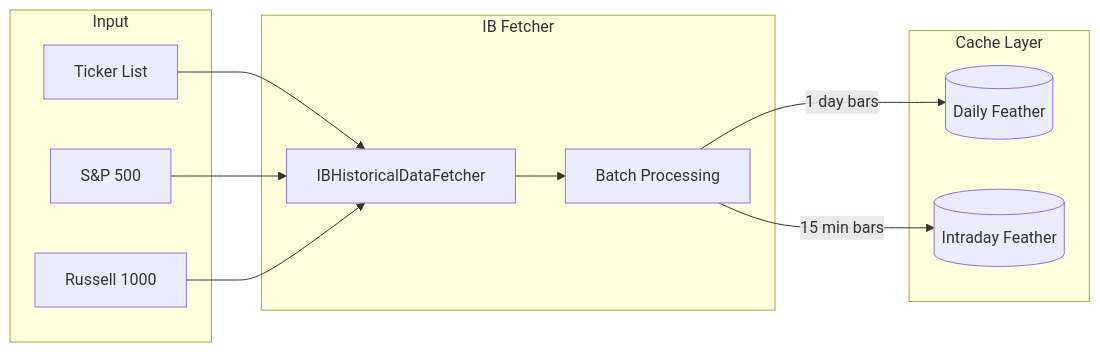
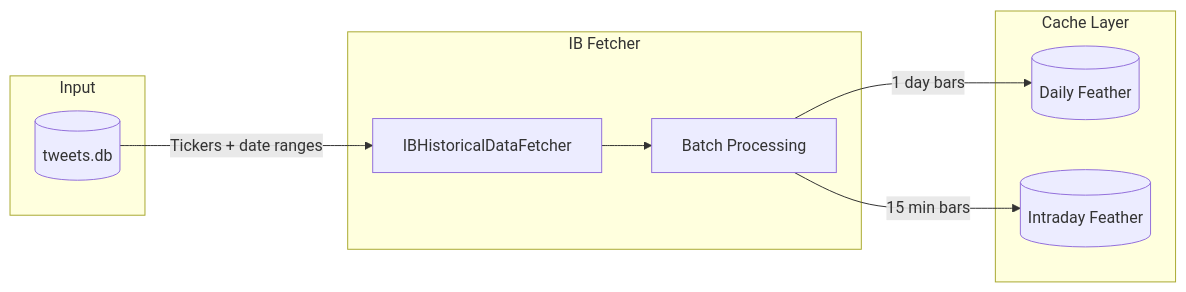
One commit to michaelzus/FinTweet-ML changed the third of 9 diagrams in docs/ARCHITECTURE.md. Above: the diagram before and after it, drawn with Mermaid.

Commit message:
docs: Update architecture diagram to reflect changes in data flow
- Revised the architecture documentation to replace the Ticker List, S&P 500, and Russell 1000 with TweetDB as the primary input source for the IB Client.
- Clarified the data flow between TweetDB and the IB Client, enhancing the overall understanding of the system architecture.

````diff
--- a/docs/ARCHITECTURE.md
+++ b/docs/ARCHITECTURE.md
@@ -195,25 +195,21 @@
 ```mermaid
 flowchart LR
     subgraph Input[Input]
-        Tickers[Ticker List]
-        SP500[S&P 500]
-        Russell[Russell 1000]
+        TweetDB[(tweets.db)]
     end
     
     subgraph Fetcher[IB Fetcher]
         IBClient[IBHistoricalDataFetcher]
         Batch[Batch Processing]
     end
     
     subgraph Cache[Cache Layer]
         Daily[(Daily Feather)]
         Intraday[(Intraday Feather)]
     end
     
-    Tickers --> IBClient
-    SP500 --> IBClient
-    Russell --> IBClient
+    TweetDB --> |Tickers + date ranges| IBClient
     IBClient --> Batch
     Batch --> |1 day bars| Daily
     Batch --> |15 min bars| Intraday
 ```
````
